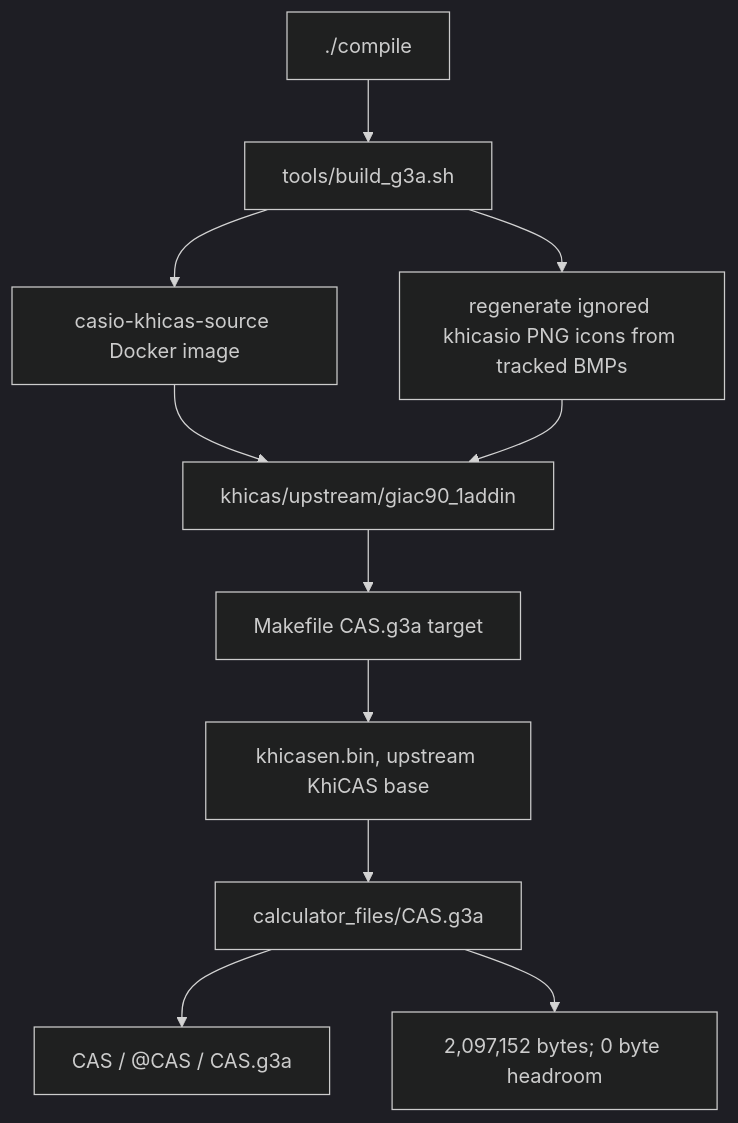
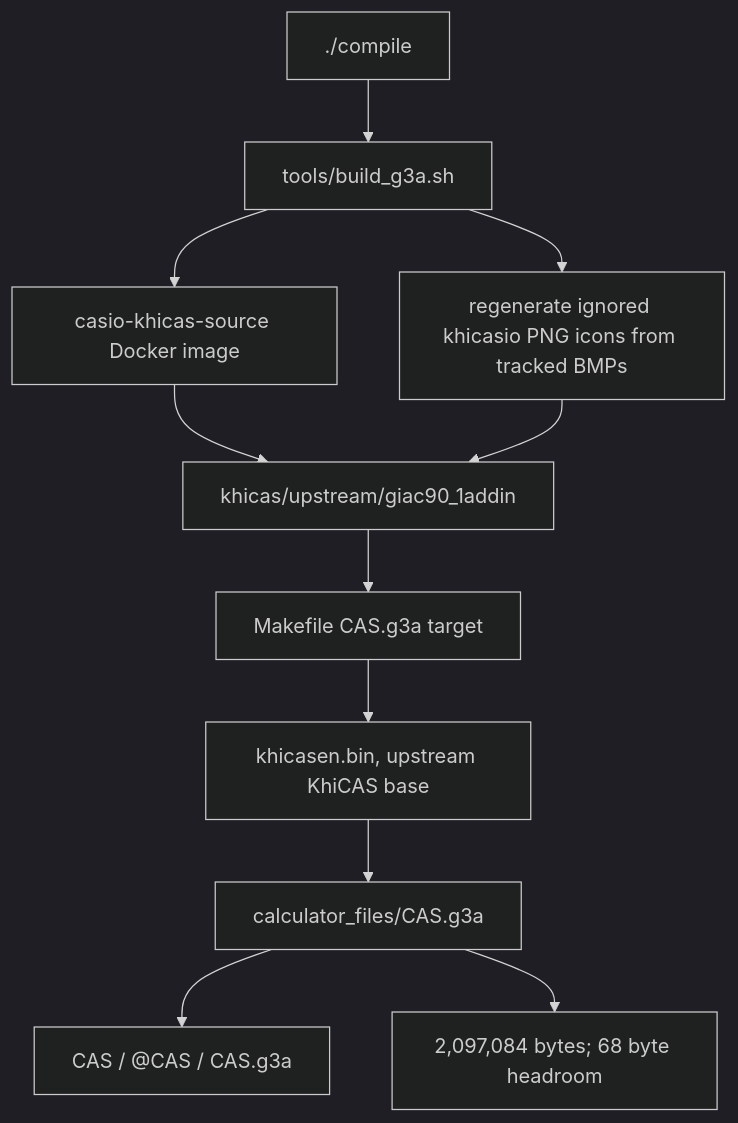
The first of 6 diagrams in docs/GRAPH.md (james8464/notes-addin-casio-fx-cg50), drawn with Mermaid (dark theme) before and after one commit. The commit also changed other lines of this file and 3 other files, not shown here.

````diff
--- a/docs/GRAPH.md
+++ b/docs/GRAPH.md
@@ -7,13 +7,13 @@
 ```mermaid
 graph TD
   Compile["./compile"] --> Build["tools/build_g3a.sh"]
   Build --> Docker["casio-khicas-source Docker image"]
   Docker --> Src["khicas/upstream/giac90_1addin"]
   Build --> Icons["regenerate ignored khicasio PNG icons from tracked BMPs"]
   Icons --> Src
   Src --> Make["Makefile CAS.g3a target"]
   Make --> Bin["khicasen.bin, upstream KhiCAS base"]
   Bin --> G3A["calculator_files/CAS.g3a"]
   G3A --> Meta["CAS / @CAS / CAS.g3a"]
-  G3A --> Size["2,097,152 bytes; 0 byte headroom"]
+  G3A --> Size["2,097,084 bytes; 68 byte headroom"]
 ```
````
